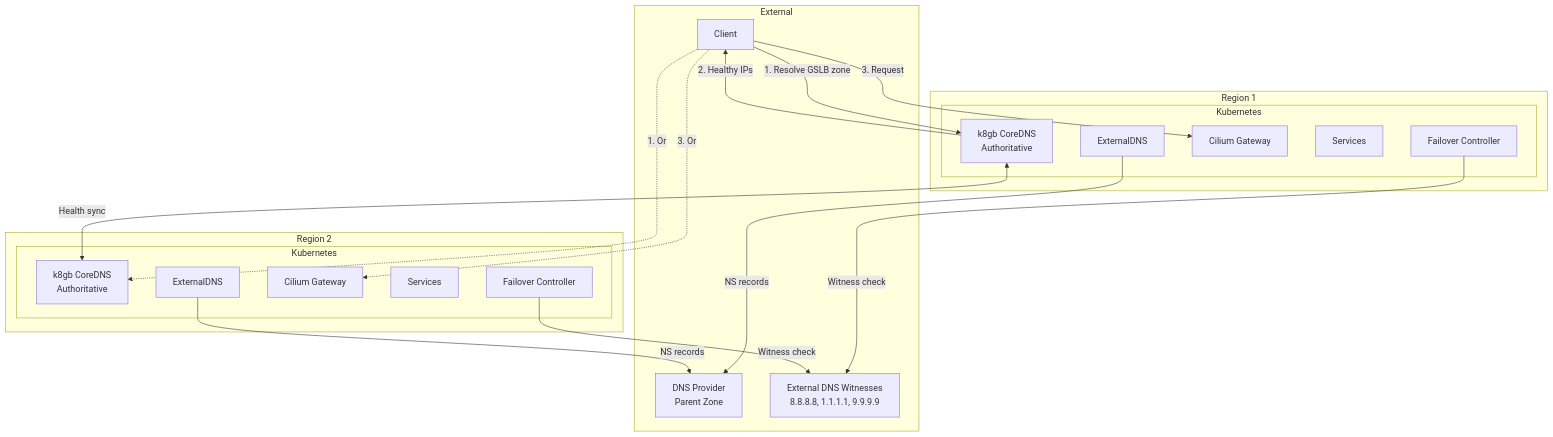
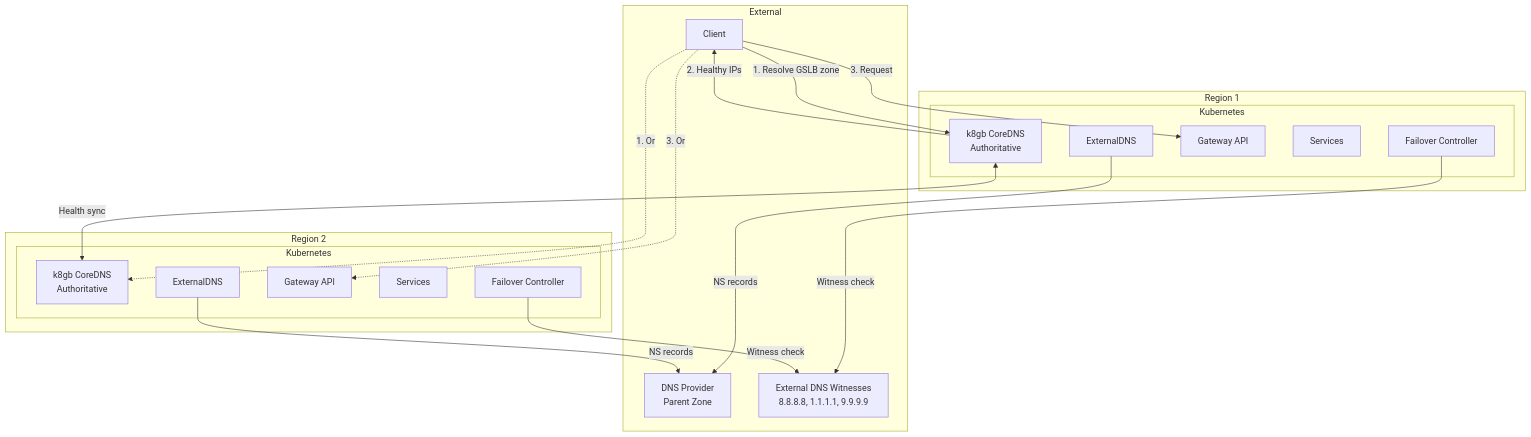
Before and after one commit to openova-io/k8gb: the first of 5 diagrams in docs/ADR-K8GB-GSLB.md, drawn with Mermaid. The commit also changed other lines of this file, not shown here.

````diff
--- a/docs/ADR-K8GB-GSLB.md
+++ b/docs/ADR-K8GB-GSLB.md
@@ -25,41 +25,41 @@
 ```mermaid
 flowchart TB
     subgraph External["External"]
         Client[Client]
         DNS[DNS Provider<br/>Parent Zone]
         Witnesses[External DNS Witnesses<br/>8.8.8.8, 1.1.1.1, 9.9.9.9]
     end
 
     subgraph Region1["Region 1"]
         subgraph K8s1["Kubernetes"]
             K8GB1[k8gb CoreDNS<br/>Authoritative]
             EDNS1[ExternalDNS]
-            GW1[Cilium Gateway]
+            GW1[Gateway API]
             SVC1[Services]
             FC1[Failover Controller]
         end
     end
 
     subgraph Region2["Region 2"]
         subgraph K8s2["Kubernetes"]
             K8GB2[k8gb CoreDNS<br/>Authoritative]
             EDNS2[ExternalDNS]
-            GW2[Cilium Gateway]
+            GW2[Gateway API]
             SVC2[Services]
             FC2[Failover Controller]
         end
     end
 
     Client -->|"1. Resolve GSLB zone"| K8GB1
     Client -.->|"1. Or"| K8GB2
     K8GB1 -->|"2. Healthy IPs"| Client
     Client -->|"3. Request"| GW1
     Client -.->|"3. Or"| GW2
 
     K8GB1 <-->|"Health sync"| K8GB2
     EDNS1 -->|"NS records"| DNS
     EDNS2 -->|"NS records"| DNS
 
     FC1 -->|"Witness check"| Witnesses
     FC2 -->|"Witness check"| Witnesses
 ```
````
